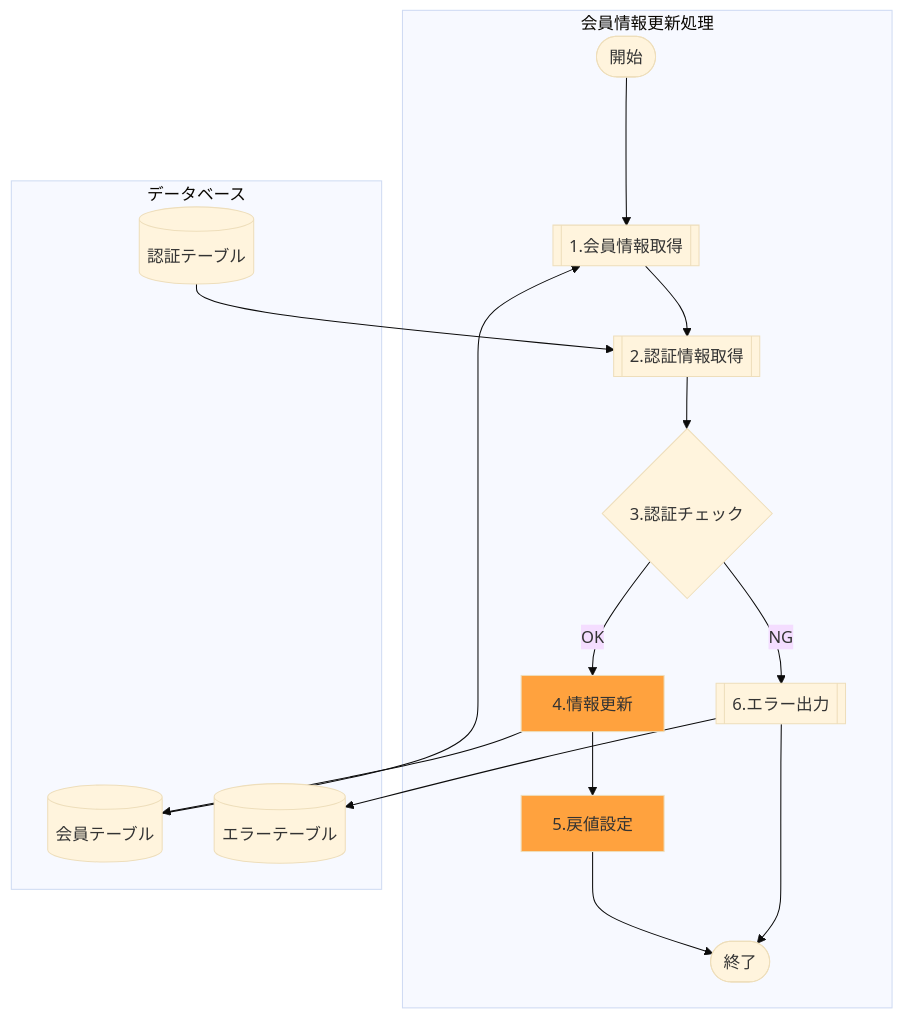
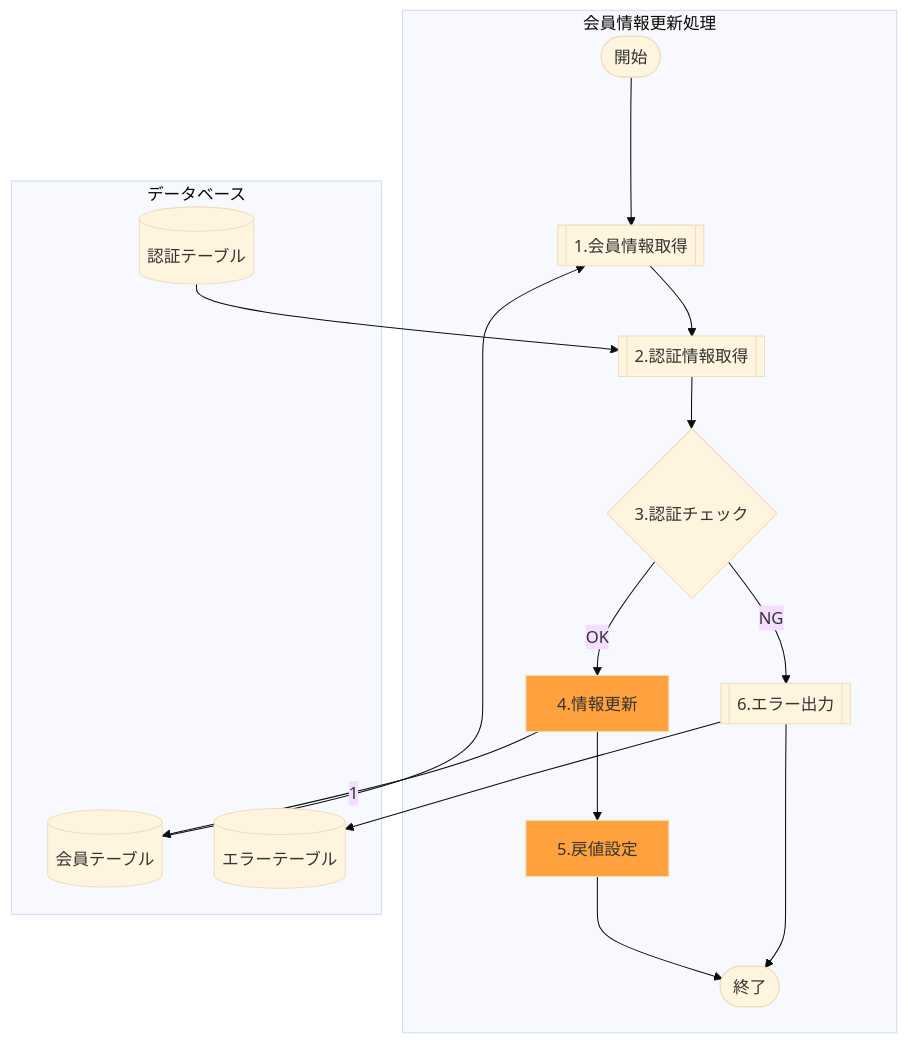
One commit to ChaosReadman/MDFILETEST changed the second of 2 diagrams in API001.md. Above: the diagram before and after it, drawn with Mermaid. The commit also changed other lines of this file, not shown here.

````diff
--- a/API001.md
+++ b/API001.md
@@ -41,33 +41,33 @@
 ```mermaid
 %%{init:{'theme':'base'}}%%
 flowchart TD
     %% 新規実装機能の色設定
     classDef newProc fill:#ffa23e
 
     subgraph 会員情報更新処理
         %% 全体処理をつないでいく
         StartProc([開始]) --->
         GetKaiin[[1.会員情報取得]] --> 
         GetAuth[[2.認証情報取得]] --> AuthCheck
         %% OKパターン
         AuthCheck{3.認証チェック} --> |OK| UpdateInfo
         UpdateInfo[4.情報更新]:::newProc -->
         SetReturnValue[5.戻値設定]:::newProc-->
         EndProc([終了])
         %% NGパターン
         AuthCheck --> |NG| ErrOut
         ErrOut[[6.エラー出力]]
         ErrOut-->EndProc
     end
     
     style UpdateInfo fill:#ffa23e
     style SetReturnValue fill:#ffa23e
     
     subgraph データベース
         %% テーブル関連の記述
         KaiinTbl[(会員テーブル)] --> GetKaiin
         AuthTbl[(認証テーブル)] --> GetAuth
-        UpdateInfo --> KaiinTbl
+        UpdateInfo --1--> KaiinTbl
         ErrOut --> ErrTbl[(エラーテーブル)]
     end
 ```
````
